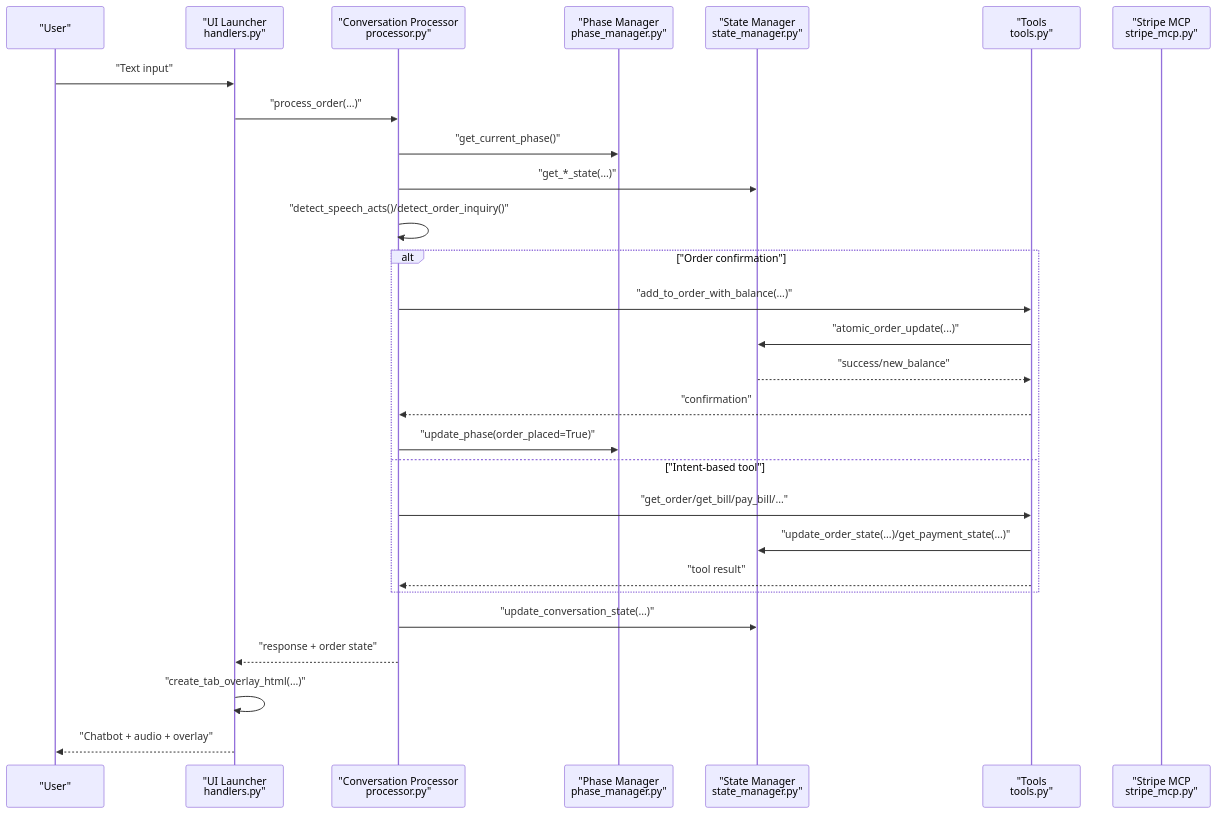
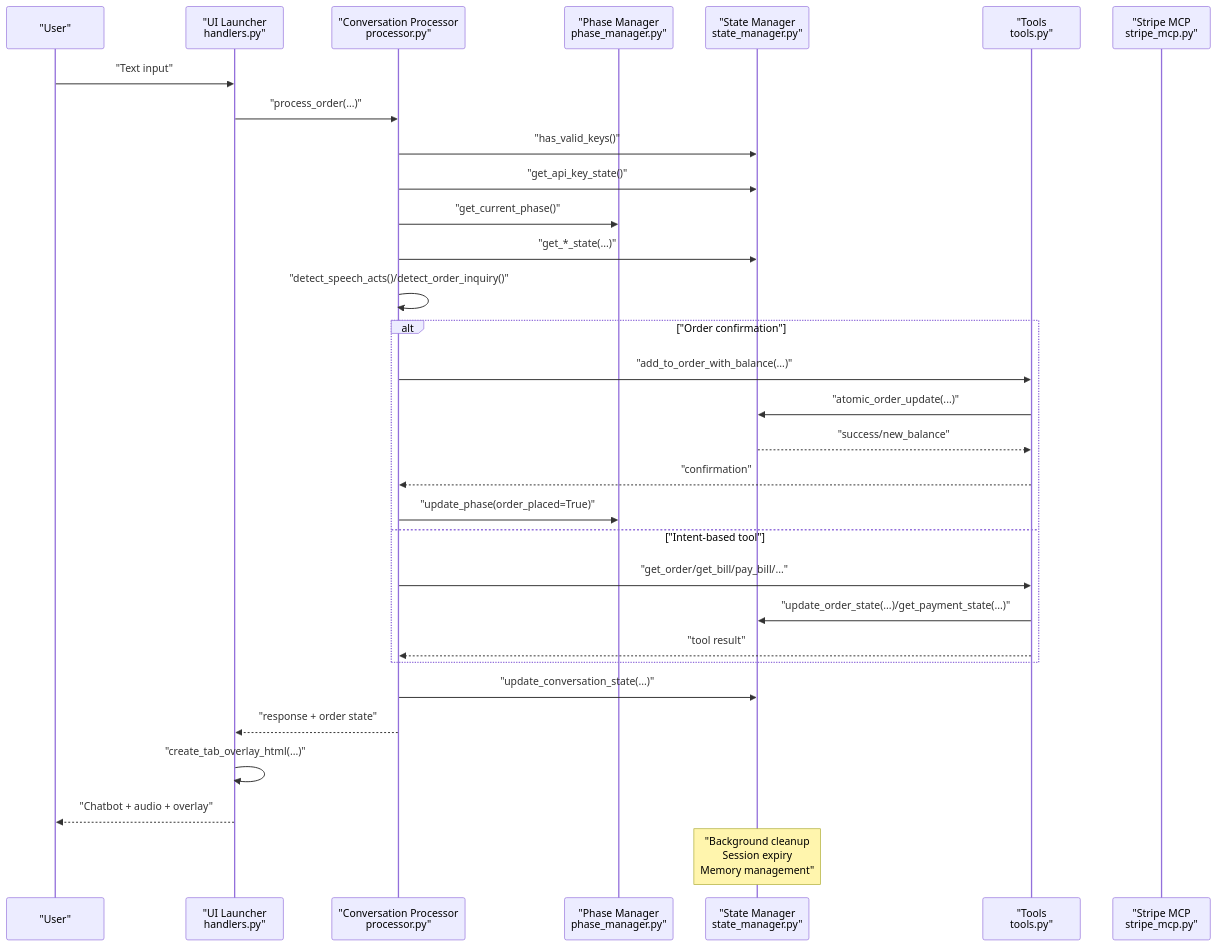
Before and after one commit to MOK-5-ha/MayaMCP: the second of 10 diagrams in .qoder/repowiki/en/content/Core Architecture/State Management Patterns.md, drawn with Mermaid. The commit also changed other lines of this file and 27 other files, not shown here.

````diff
--- a/.qoder/repowiki/en/content/Core Architecture/State Management Patterns.md
+++ b/.qoder/repowiki/en/content/Core Architecture/State Management Patterns.md
@@ -118,30 +156,33 @@
 ```mermaid
 sequenceDiagram
 participant User as "User"
 participant UI as "UI Launcher<br/>handlers.py"
 participant Proc as "Conversation Processor<br/>processor.py"
 participant PM as "Phase Manager<br/>phase_manager.py"
 participant SM as "State Manager<br/>state_manager.py"
 participant TL as "Tools<br/>tools.py"
 participant ST as "Stripe MCP<br/>stripe_mcp.py"
 User->>UI : "Text input"
 UI->>Proc : "process_order(...)"
+Proc->>SM : "has_valid_keys()"
+Proc->>SM : "get_api_key_state()"
 Proc->>PM : "get_current_phase()"
 Proc->>SM : "get_*_state(...)"
 Proc->>Proc : "detect_speech_acts()/detect_order_inquiry()"
 alt "Order confirmation"
 Proc->>TL : "add_to_order_with_balance(...)"
 TL->>SM : "atomic_order_update(...)"
 SM-->>TL : "success/new_balance"
 TL-->>Proc : "confirmation"
 Proc->>PM : "update_phase(order_placed=True)"
 else "Intent-based tool"
 Proc->>TL : "get_order/get_bill/pay_bill/..."
 TL->>SM : "update_order_state(...)/get_payment_state(...)"
 TL-->>Proc : "tool result"
 end
 Proc->>SM : "update_conversation_state(...)"
 Proc-->>UI : "response + order state"
 UI->>UI : "create_tab_overlay_html(...)"
 UI-->>User : "Chatbot + audio + overlay"
+Note over SM : "Background cleanup<br/>Session expiry<br/>Memory management"
 ```
````
